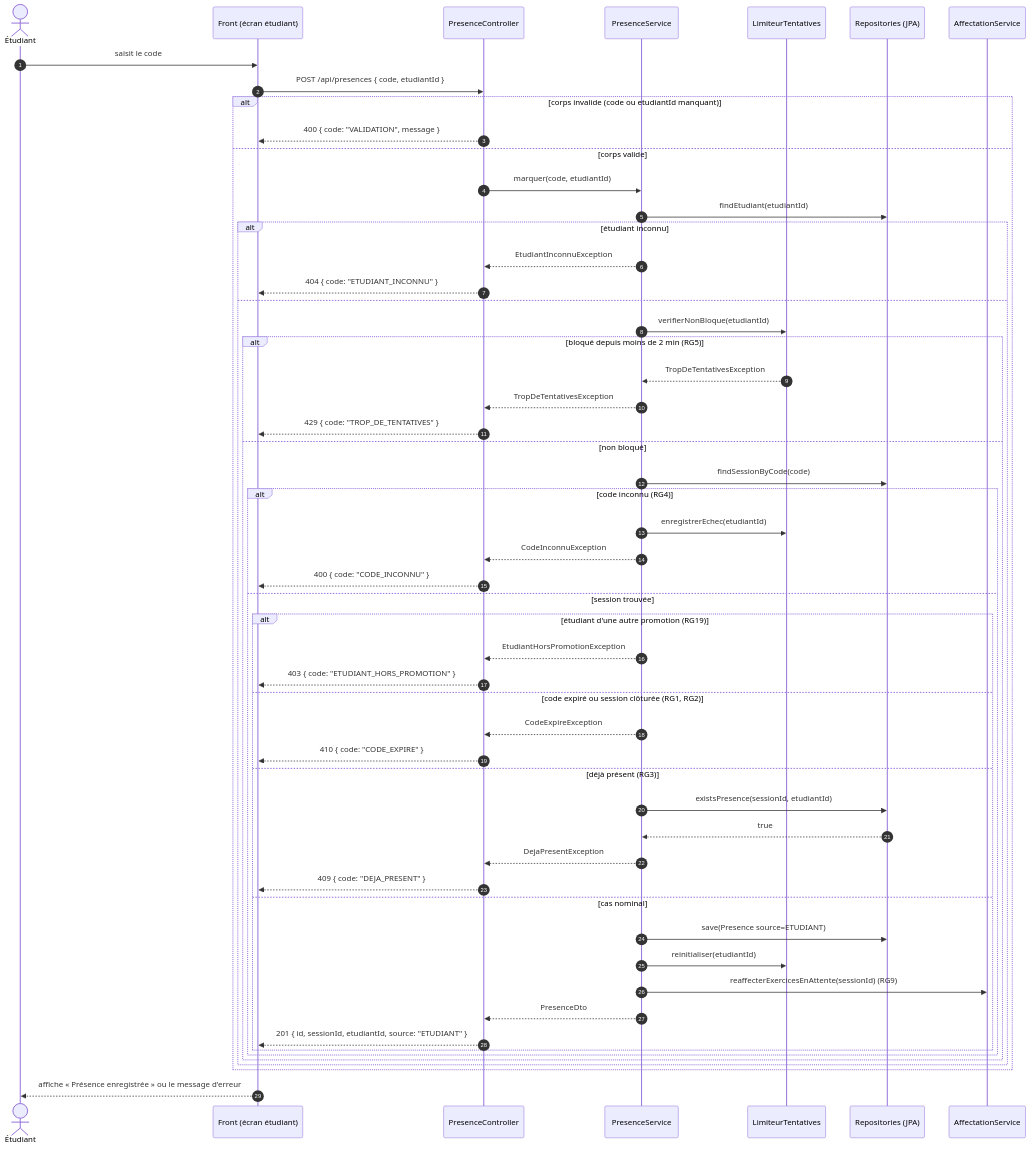
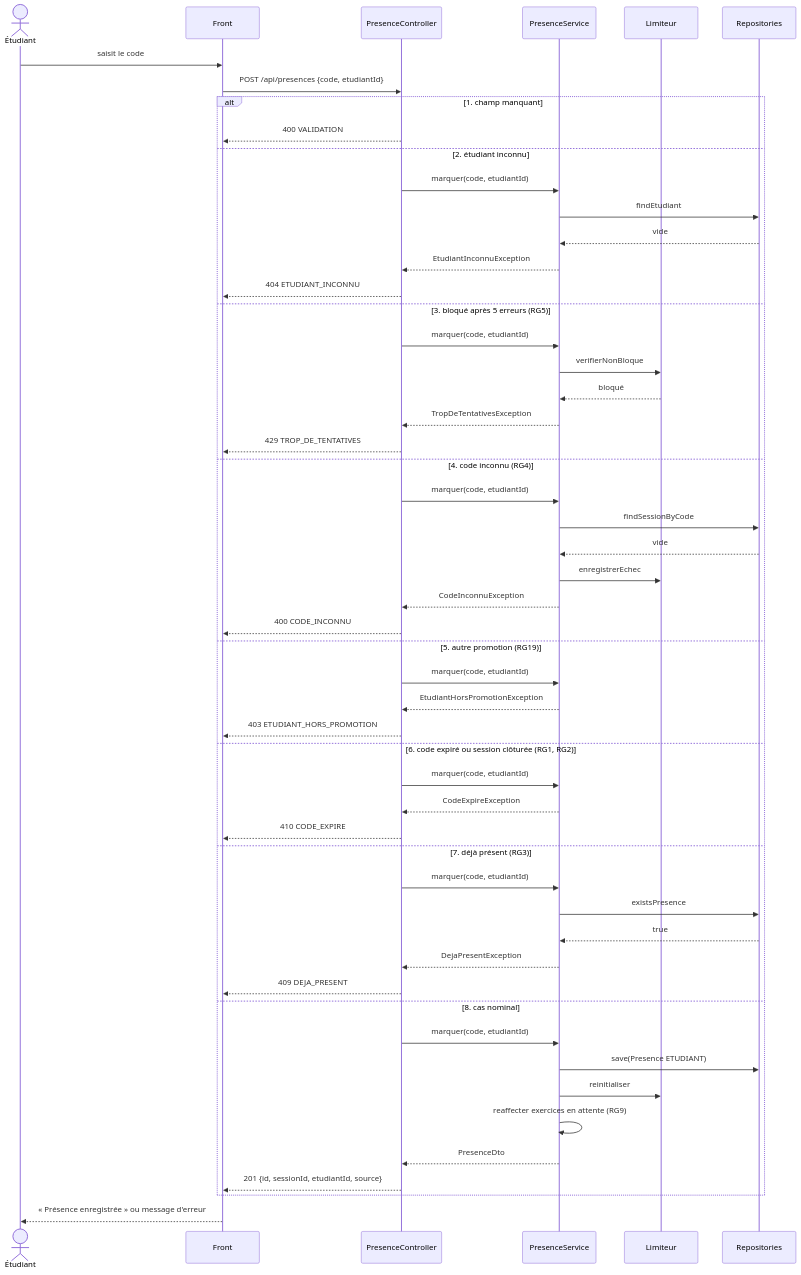
Before and after one commit to jacquessiyou4/kfokam48-epreuve-KF48-YAO-252: the diagram in docs/diagrammes/D3_sequence_marquer_presence.md, drawn with Mermaid. The commit also changed other lines of this file, not shown here.

Commit message:
docs(diagrammes): rend D3 lisible — une seule alternative à 8 branches numérotées dans l'ordre des contrôles

````diff
--- a/docs/diagrammes/D3_sequence_marquer_presence.md
+++ b/docs/diagrammes/D3_sequence_marquer_presence.md
@@ -5,59 +5,57 @@
 ```mermaid
 sequenceDiagram
-    autonumber
     actor E as Étudiant
-    participant F as Front (écran étudiant)
-    participant API as PresenceController
+    participant F as Front
+    participant C as PresenceController
     participant S as PresenceService
-    participant L as LimiteurTentatives
-    participant DB as Repositories (JPA)
-    participant A as AffectationService
+    participant L as Limiteur
+    participant DB as Repositories
 
     E->>F: saisit le code
-    F->>API: POST /api/presences { code, etudiantId }
+    F->>C: POST /api/presences {code, etudiantId}
 
-    alt corps invalide (code ou etudiantId manquant)
-        API-->>F: 400 { code: "VALIDATION", message }
-    else corps valide
-        API->>S: marquer(code, etudiantId)
-        S->>DB: findEtudiant(etudiantId)
-        alt étudiant inconnu
-            S-->>API: EtudiantInconnuException
-            API-->>F: 404 { code: "ETUDIANT_INCONNU" }
-        else
-            S->>L: verifierNonBloque(etudiantId)
-            alt bloqué depuis moins de 2 min (RG5)
-                L-->>S: TropDeTentativesException
-                S-->>API: TropDeTentativesException
-                API-->>F: 429 { code: "TROP_DE_TENTATIVES" }
-            else non bloqué
-                S->>DB: findSessionByCode(code)
-                alt code inconnu (RG4)
-                    S->>L: enregistrerEchec(etudiantId)
-                    S-->>API: CodeInconnuException
-                    API-->>F: 400 { code: "CODE_INCONNU" }
-                else session trouvée
-                    alt étudiant d'une autre promotion (RG19)
-                        S-->>API: EtudiantHorsPromotionException
-                        API-->>F: 403 { code: "ETUDIANT_HORS_PROMOTION" }
-                    else code expiré ou session clôturée (RG1, RG2)
-                        S-->>API: CodeExpireException
-                        API-->>F: 410 { code: "CODE_EXPIRE" }
-                    else déjà présent (RG3)
-                        S->>DB: existsPresence(sessionId, etudiantId)
-                        DB-->>S: true
-                        S-->>API: DejaPresentException
-                        API-->>F: 409 { code: "DEJA_PRESENT" }
-                    else cas nominal
-                        S->>DB: save(Presence source=ETUDIANT)
-                        S->>L: reinitialiser(etudiantId)
-                        S->>A: reaffecterExercicesEnAttente(sessionId) (RG9)
-                        S-->>API: PresenceDto
-                        API-->>F: 201 { id, sessionId, etudiantId, source: "ETUDIANT" }
-                    end
-                end
-            end
-        end
+    alt 1. champ manquant
+        C-->>F: 400 VALIDATION
+    else 2. étudiant inconnu
+        C->>S: marquer(code, etudiantId)
+        S->>DB: findEtudiant
+        DB-->>S: vide
+        S-->>C: EtudiantInconnuException
+        C-->>F: 404 ETUDIANT_INCONNU
+    else 3. bloqué après 5 erreurs (RG5)
+        C->>S: marquer(code, etudiantId)
+        S->>L: verifierNonBloque
+        L-->>S: bloqué
+        S-->>C: TropDeTentativesException
+        C-->>F: 429 TROP_DE_TENTATIVES
+    else 4. code inconnu (RG4)
+        C->>S: marquer(code, etudiantId)
+        S->>DB: findSessionByCode
+        DB-->>S: vide
+        S->>L: enregistrerEchec
+        S-->>C: CodeInconnuException
+        C-->>F: 400 CODE_INCONNU
+    else 5. autre promotion (RG19)
+        C->>S: marquer(code, etudiantId)
+        S-->>C: EtudiantHorsPromotionException
+        C-->>F: 403 ETUDIANT_HORS_PROMOTION
+    else 6. code expiré ou session clôturée (RG1, RG2)
+        C->>S: marquer(code, etudiantId)
+        S-->>C: CodeExpireException
+        C-->>F: 410 CODE_EXPIRE
+    else 7. déjà présent (RG3)
+        C->>S: marquer(code, etudiantId)
+        S->>DB: existsPresence
+        DB-->>S: true
+        S-->>C: DejaPresentException
+        C-->>F: 409 DEJA_PRESENT
+    else 8. cas nominal
+        C->>S: marquer(code, etudiantId)
+        S->>DB: save(Presence ETUDIANT)
+        S->>L: reinitialiser
+        S->>S: reaffecter exercices en attente (RG9)
+        S-->>C: PresenceDto
+        C-->>F: 201 {id, sessionId, etudiantId, source}
     end
-    F-->>E: affiche « Présence enregistrée » ou le message d'erreur
+    F-->>E: « Présence enregistrée » ou message d'erreur
 ```
````
